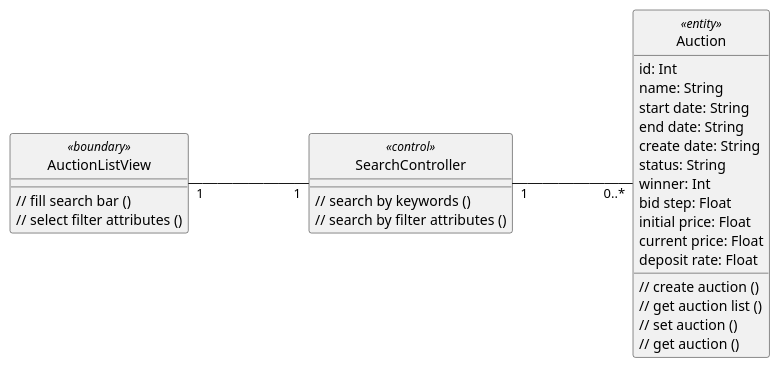
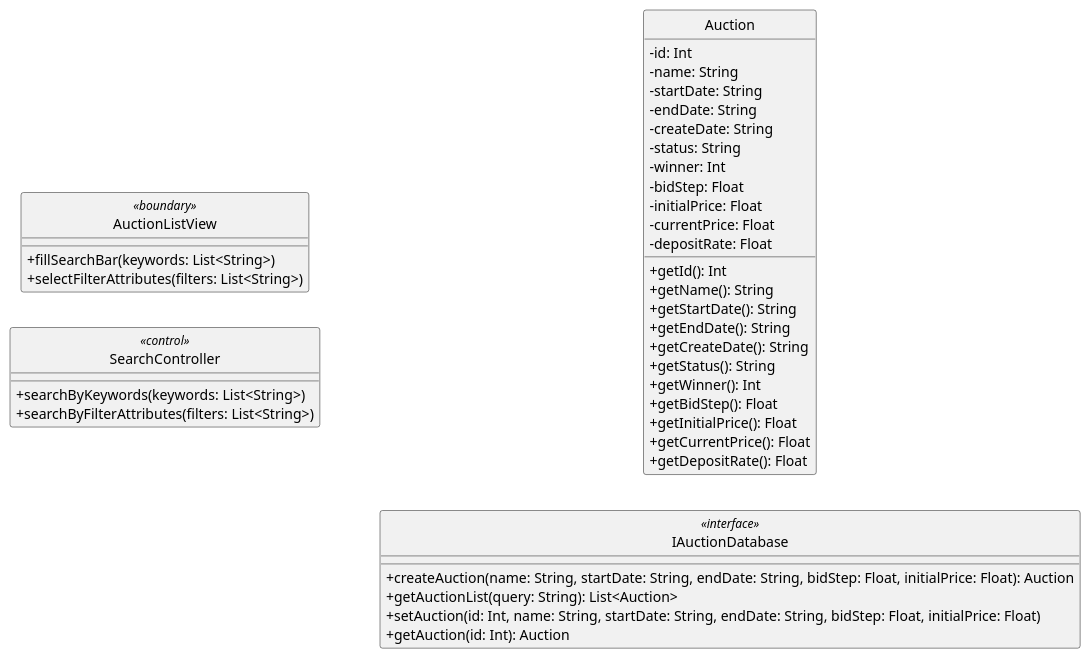
Before and after one commit to anhbanlinhle/velocity-exchange: the diagram in uml/design/class/linh/search_for_auction.pu, drawn with PlantUML.

Commit message:
doc[lynn]: design vopc no. 6

```diff
--- a/uml/design/class/linh/search_for_auction.pu
+++ b/uml/design/class/linh/search_for_auction.pu
@@ -1,45 +1,54 @@
 @startuml 
 skinparam classAttributeIconSize 0
 skinparam linetype ortho
 left to right direction
 hide circle
 class AuctionListView <<boundary>> {
 
-    // fill search bar ()
-    // select filter attributes ()
+    + fillSearchBar(keywords: List<String>)
+    + selectFilterAttributes(filters: List<String>)
 
     }
 
 class SearchController <<control>> {
     
-    // search by keywords ()
-    // search by filter attributes ()
+    + searchByKeywords(keywords: List<String>)
+    + searchByFilterAttributes(filters: List<String>)
 
     }
 
-class Auction <<entity>> {
-    id: Int
-    name: String
-    start date: String
-    end date: String
-    create date: String
-    status: String
-    winner: Int
-    bid step: Float
-    initial price: Float
-    current price: Float
-    deposit rate: Float
-    // create auction ()
-    // get auction list ()
-    // set auction ()
-    // get auction ()
+class Auction {
+    - id: Int
+    - name: String
+    - startDate: String
+    - endDate: String
+    - createDate: String
+    - status: String
+    - winner: Int
+    - bidStep: Float
+    - initialPrice: Float
+    - currentPrice: Float
+    - depositRate: Float
 
+    + getId(): Int
+    + getName(): String
+    + getStartDate(): String
+    + getEndDate(): String
+    + getCreateDate(): String
+    + getStatus(): String
+    + getWinner(): Int
+    + getBidStep(): Float
+    + getInitialPrice(): Float
+    + getCurrentPrice(): Float
+    + getDepositRate(): Float
     }
 
-
-AuctionListView "1" --- "1" SearchController
-
-SearchController "1" --- "0..*" Auction
+class IAuctionDatabase <<interface>> {
+    + createAuction(name: String, startDate: String, endDate: String, bidStep: Float, initialPrice: Float): Auction
+    + getAuctionList(query: String): List<Auction>
+    + setAuction(id: Int, name: String, startDate: String, endDate: String, bidStep: Float, initialPrice: Float)
+    + getAuction(id: Int): Auction
+}
 
 
 @enduml
```
